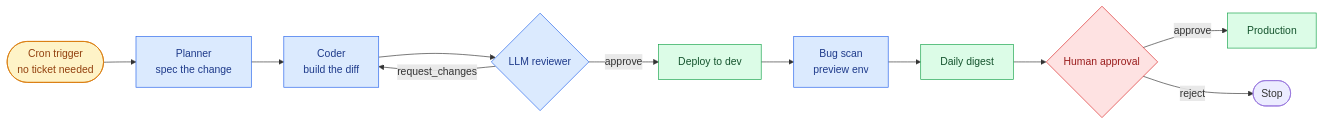
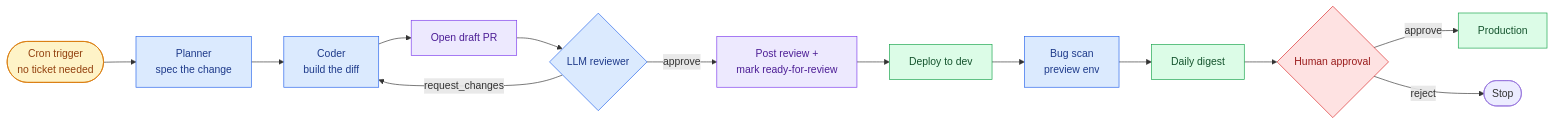
One commit to mergecrew/mergecrew changed the diagram in README.md. Above: the diagram before and after it, drawn with Mermaid. The commit also changed 12 other files, not shown here.

First line of the commit message:
docs: refresh for inverted FTE, draft-PR review, Resend, demo flag

````diff
--- a/README.md
+++ b/README.md
@@ -11,22 +11,26 @@
 ```mermaid
 flowchart LR
     Cron([Cron trigger<br/>no ticket needed]) --> Plan[Planner<br/>spec the change]
     Plan --> Code[Coder<br/>build the diff]
-    Code --> Rev{LLM reviewer}
+    Code --> Draft[Open draft PR]
+    Draft --> Rev{LLM reviewer}
     Rev -- request_changes --> Code
-    Rev -- approve --> Dev[Deploy to dev]
+    Rev -- approve --> Ready[Post review +<br/>mark ready-for-review]
+    Ready --> Dev[Deploy to dev]
     Dev --> Scan[Bug scan<br/>preview env]
     Scan --> Digest[Daily digest]
     Digest --> Human{Human approval}
     Human -- approve --> Prod[Production]
     Human -- reject --> Stop([Stop])
 
     classDef trigger fill:#fef3c7,stroke:#d97706,color:#92400e
     classDef agent fill:#dbeafe,stroke:#2563eb,color:#1e3a8a
     classDef gate fill:#fee2e2,stroke:#dc2626,color:#991b1b
     classDef ship fill:#dcfce7,stroke:#16a34a,color:#14532d
+    classDef vcs fill:#ede9fe,stroke:#7c3aed,color:#4c1d95
     class Cron trigger
     class Plan,Code,Rev,Scan agent
     class Human gate
     class Dev,Digest,Prod ship
+    class Draft,Ready vcs
 ```
````
